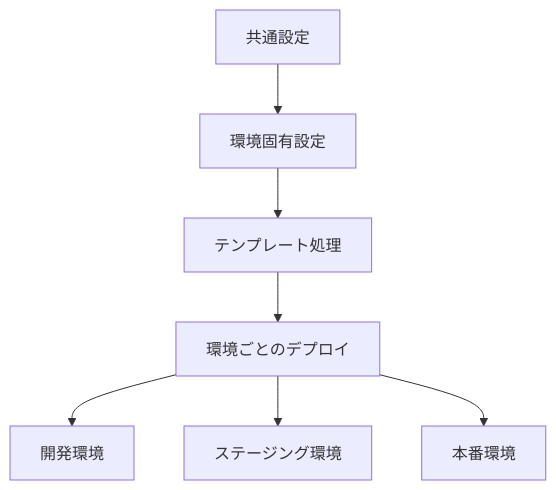
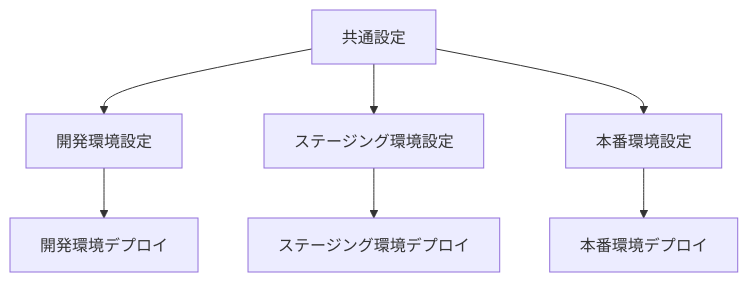
The diagram in ecspresso/practical/multi-env.md (bufferings/devin-docs), drawn with Mermaid before and after one commit. The commit also changed other lines of this file and 18 other files, not shown here.

````diff
--- a/ecspresso/practical/multi-env.md
+++ b/ecspresso/practical/multi-env.md
@@ -205,9 +148,9 @@
 ```mermaid
 graph TD
-  A[共通設定] --> B[環境固有設定]
-  B --> C[テンプレート処理]
-  C --> D[環境ごとのデプロイ]
-  D --> E1[開発環境]
-  D --> E2[ステージング環境]
-  D --> E3[本番環境]
+    A[共通設定] --> B[開発環境設定]
+    A --> C[ステージング環境設定]
+    A --> D[本番環境設定]
+    B --> E[開発環境デプロイ]
+    C --> F[ステージング環境デプロイ]
+    D --> G[本番環境デプロイ]
 ```
````
